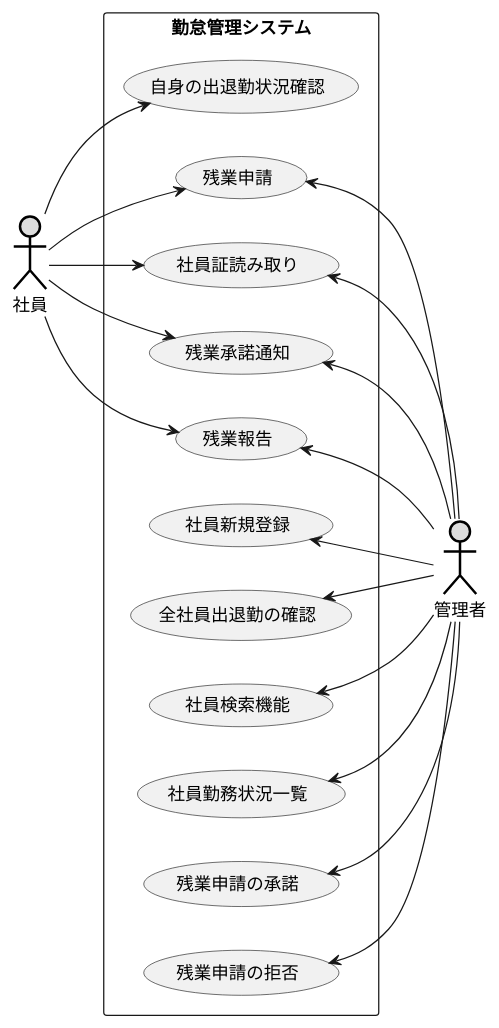
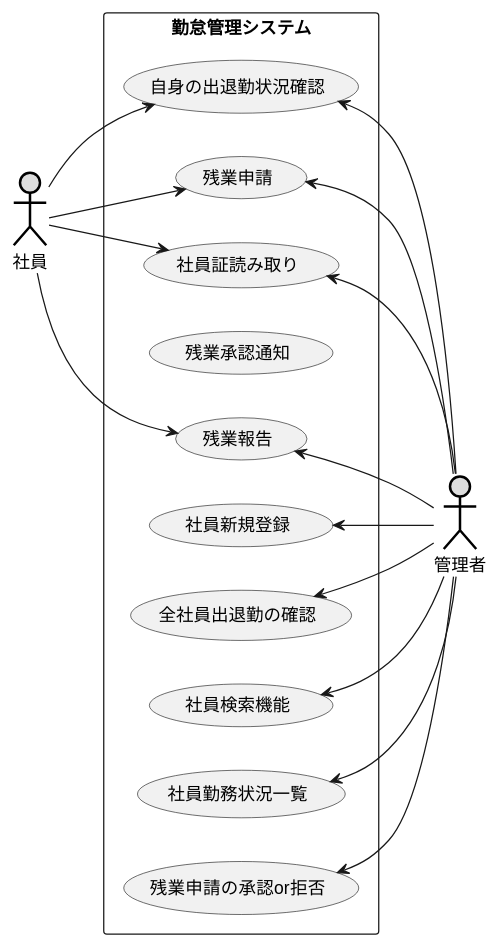
Before and after one commit to hosoya0503/uml-intro: the diagram in pro.pu, drawn with PlantUML. The commit also changed 4 other files, not shown here.

```diff
--- a/pro.pu
+++ b/pro.pu
@@ -1,38 +1,35 @@
 @startuml プロジェクト開発
 left to right direction
 actor 社員 #DDDDDD;line:black;line.bold;
 actor 管理者 #DDDDDD;line:black;line.bold;
 rectangle 勤怠管理システム {
 
     usecase 自身の出退勤状況確認
     usecase 残業申請
     usecase 社員証読み取り
-    usecase 残業承諾通知
+    usecase 残業承認通知
     usecase 残業報告
 
     usecase 社員新規登録
     usecase 全社員出退勤の確認
     usecase 社員検索機能
     usecase 社員勤務状況一覧
-    usecase 残業申請の承諾
-    usecase 残業申請の拒否
+    usecase 残業申請の承認or拒否
 
 }
 社員 --> 社員証読み取り
 社員 --> 自身の出退勤状況確認
 社員 --> 残業申請
-社員 --> 残業承諾通知
 社員 --> 残業報告
 
 社員証読み取り <-- 管理者
+自身の出退勤状況確認 <-- 管理者
 社員新規登録 <-- 管理者
 全社員出退勤の確認 <-- 管理者
 社員検索機能 <-- 管理者
 社員勤務状況一覧 <-- 管理者
 残業申請 <-- 管理者
-残業申請の承諾 <-- 管理者
-残業申請の拒否 <-- 管理者
-残業承諾通知 <-- 管理者
+残業申請の承認or拒否 <-- 管理者
 残業報告 <-- 管理者
 
 @enduml
```
